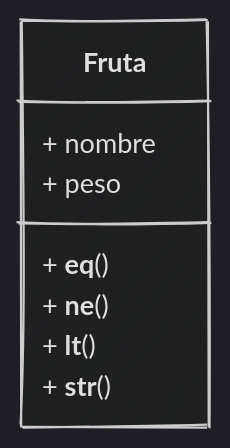
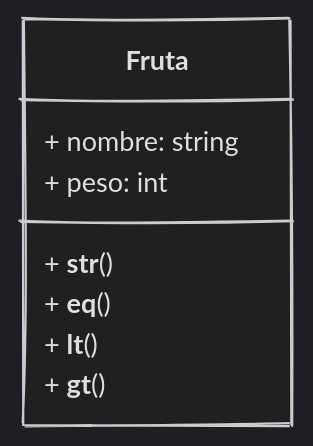
Before and after one commit to python-la-paz/python-study-group-oop: the eighth of 10 diagrams in content/sesion08/Readme.md, drawn with Mermaid. The commit also changed other lines of this file, not shown here.

````diff
--- a/content/sesion08/Readme.md
+++ b/content/sesion08/Readme.md
@@ -1434,12 +1329,12 @@
 ```mermaid
 %%{init: {"theme": "dark", "look": "handDrawn"  }}%%
 classDiagram
     class Fruta {
-        + nombre
-        + peso
+        + nombre: string
+        + peso: int
+        + __str__()
         + __eq__()
-        + __ne__()
         + __lt__()
-        + __str__()
+        + __gt__()
     }
-``` 
+```
````
